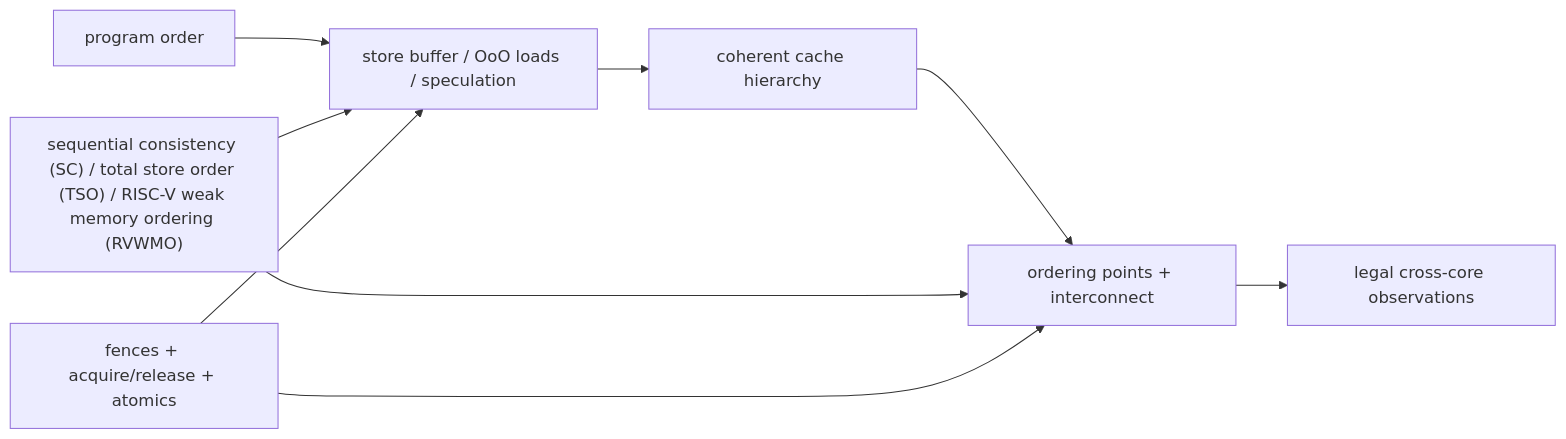
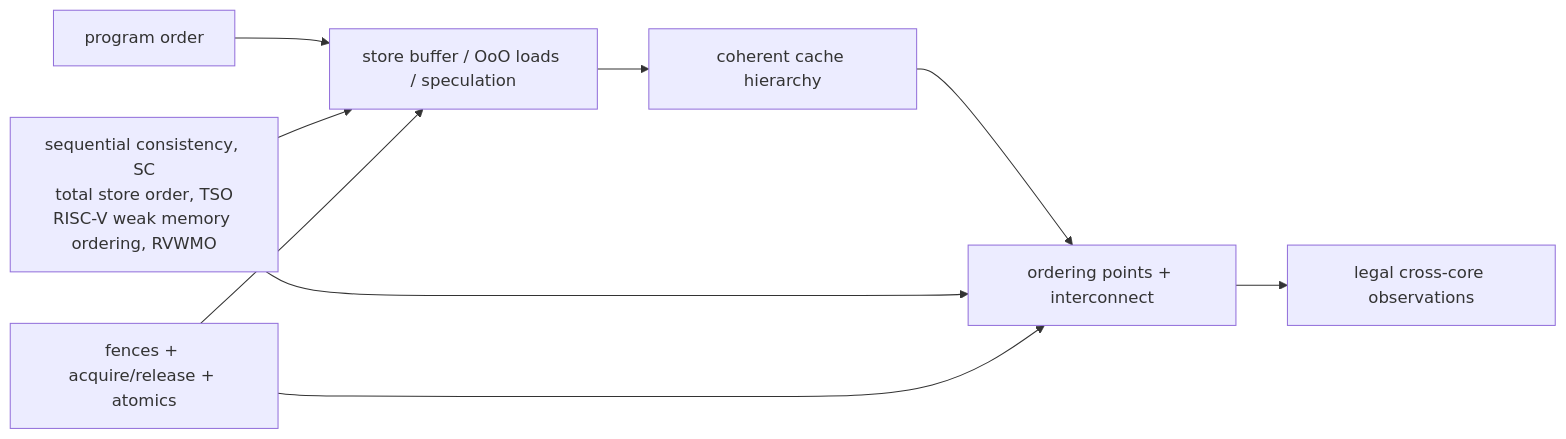
The first of 7 diagrams in 01_Architecture_and_PPA/01_CPU_Architecture/06_Coherence_and_Consistency/02_Memory_Consistency_and_Atomics.md (Wty2003328/silicon-design-notebook), drawn with Mermaid before and after one commit. The commit also changed other lines of this file and 125 other files, not shown here.

First line of the commit message:
Complete the AMBA family, refresh the learning path, and make every figure and formula actually render

````diff
--- a/01_Architecture_and_PPA/01_CPU_Architecture/06_Coherence_and_Consistency/02_Memory_Consistency_and_Atomics.md
+++ b/01_Architecture_and_PPA/01_CPU_Architecture/06_Coherence_and_Consistency/02_Memory_Consistency_and_Atomics.md
@@ -17,11 +17,11 @@
 ```mermaid
 flowchart LR
     Program["program order"] --> Core["store buffer / OoO loads / speculation"]
     Core --> Cache["coherent cache hierarchy"]
     Cache --> Fabric["ordering points + interconnect"]
     Fabric --> Observe["legal cross-core observations"]
-    Model["sequential consistency (SC) / total store order (TSO) / RISC-V weak memory ordering (RVWMO)"] --> Core
+    Model["sequential consistency, SC<br/>total store order, TSO<br/>RISC-V weak memory ordering, RVWMO"] --> Core
     Model --> Fabric
     Fence["fences + acquire/release + atomics"] --> Core
     Fence --> Fabric
 ```
````
